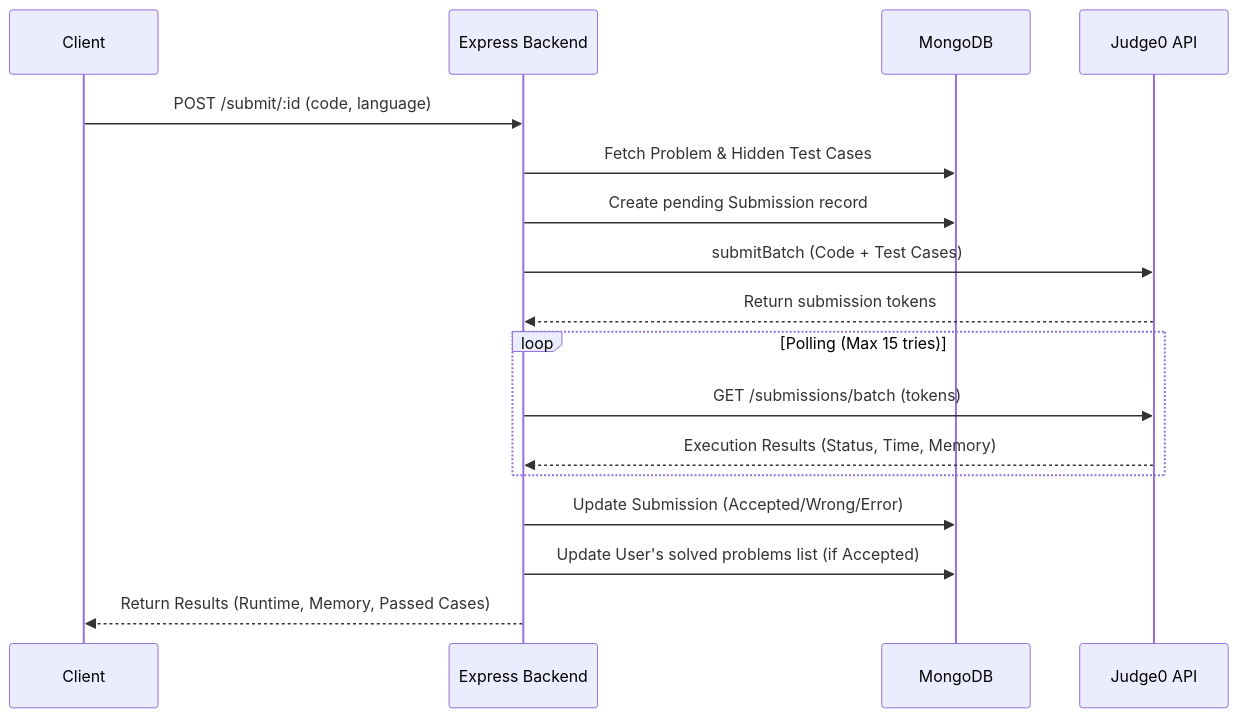
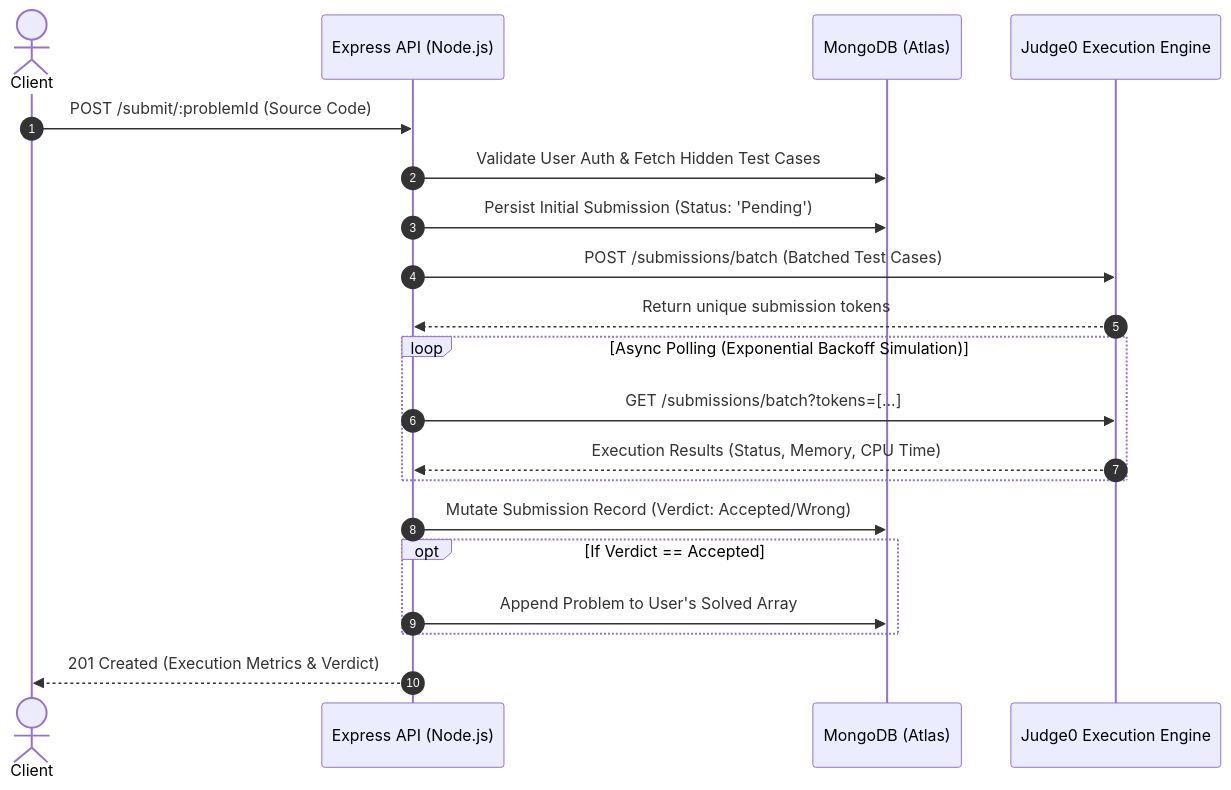
The first of 2 diagrams in README.md (Hardoo-009/NexCode-backend), drawn with Mermaid before and after one commit. The commit also changed other lines of this file, not shown here.

````diff
--- a/README.md
+++ b/README.md
@@ -39,22 +32,25 @@
 ```mermaid
 sequenceDiagram
-    participant Client
-    participant Express Backend
-    participant MongoDB
-    participant Judge0 API
-
-    Client->>Express Backend: POST /submit/:id (code, language)
-    Express Backend->>MongoDB: Fetch Problem & Hidden Test Cases
-    Express Backend->>MongoDB: Create pending Submission record
-    Express Backend->>Judge0 API: submitBatch (Code + Test Cases)
-    Judge0 API-->>Express Backend: Return submission tokens
-
-    loop Polling (Max 15 tries)
-        Express Backend->>Judge0 API: GET /submissions/batch (tokens)
-        Judge0 API-->>Express Backend: Execution Results (Status, Time, Memory)
+    autonumber
+    actor Client
+    participant API as Express API (Node.js)
+    participant DB as MongoDB (Atlas)
+    participant Engine as Judge0 Execution Engine
+    
+    Client->>API: POST /submit/:problemId (Source Code)
+    API->>DB: Validate User Auth & Fetch Hidden Test Cases
+    API->>DB: Persist Initial Submission (Status: 'Pending')
+    API->>Engine: POST /submissions/batch (Batched Test Cases)
+    Engine-->>API: Return unique submission tokens
+    
+    loop Async Polling (Exponential Backoff Simulation)
+        API->>Engine: GET /submissions/batch?tokens=[...]
+        Engine-->>API: Execution Results (Status, Memory, CPU Time)
     end
-
-    Express Backend->>MongoDB: Update Submission (Accepted/Wrong/Error)
-    Express Backend->>MongoDB: Update User's solved problems list (if Accepted)
-    Express Backend-->>Client: Return Results (Runtime, Memory, Passed Cases)
+    
+    API->>DB: Mutate Submission Record (Verdict: Accepted/Wrong)
+    opt If Verdict == Accepted
+        API->>DB: Append Problem to User's Solved Array
+    end
+    API-->>Client: 201 Created (Execution Metrics & Verdict)
 ```
````
